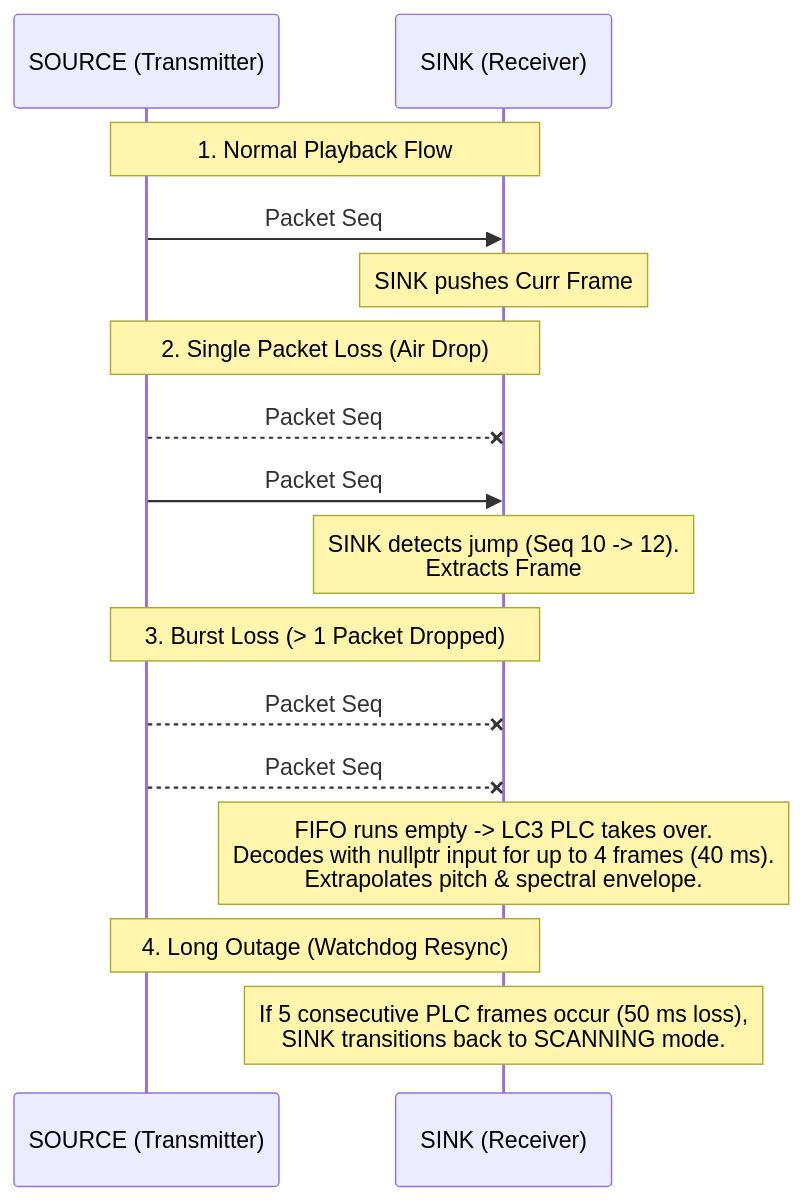
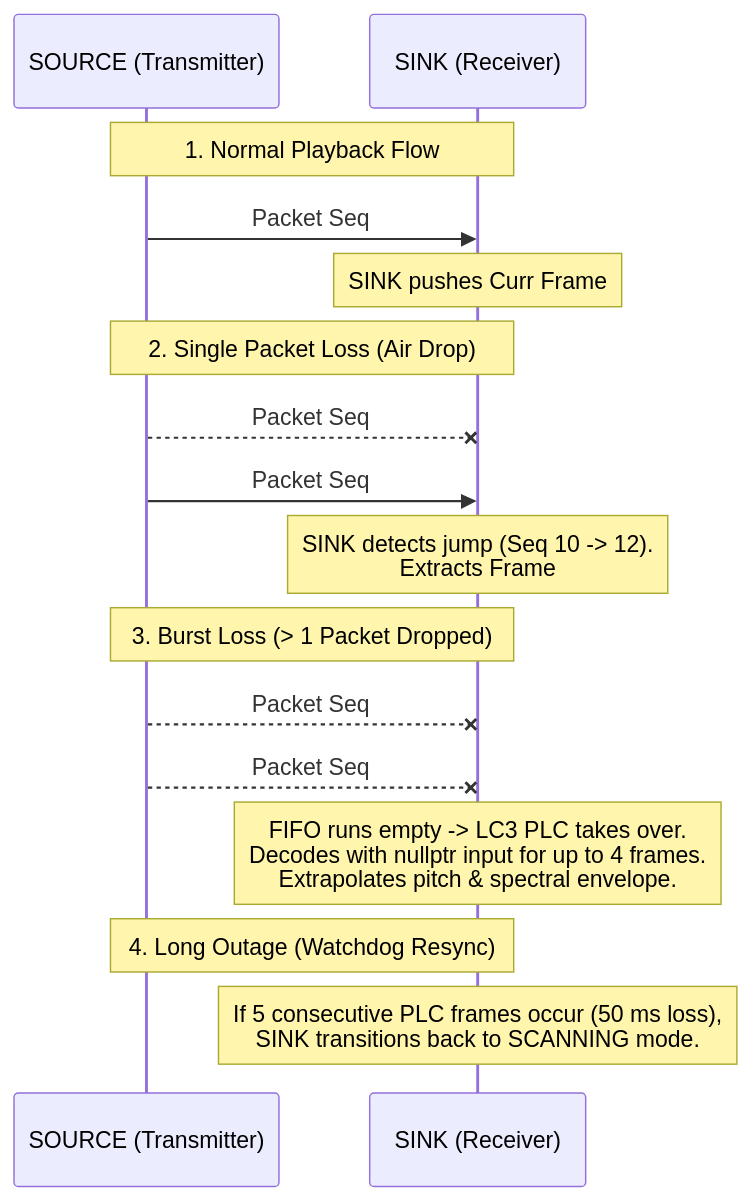
Before and after one commit to sskoog/ble_audio: the second of 3 diagrams in apps/audioESP-NOW/ESP-NOW_protocol.md, drawn with Mermaid. The commit also changed other lines of this file and 28 other files, not shown here.

````diff
--- a/apps/audioESP-NOW/ESP-NOW_protocol.md
+++ b/apps/audioESP-NOW/ESP-NOW_protocol.md
@@ -128,22 +129,22 @@
 ```mermaid
 sequenceDiagram
     participant TX as SOURCE (Transmitter)
     participant RX as SINK (Receiver)
 
     Note over TX,RX: 1. Normal Playback Flow
     TX->>RX: Packet Seq #10 (Prev: #9, Curr: #10)
     Note over RX: SINK pushes Curr Frame #10 to FIFO
 
     Note over TX,RX: 2. Single Packet Loss (Air Drop)
     TX--xRX: Packet Seq #11 LOST IN TRANSIT
     TX->>RX: Packet Seq #12 (Prev: #11, Curr: #12)
     Note over RX: SINK detects jump (Seq 10 -> 12).<br/>Extracts Frame #11 from prev_frame.<br/>Pushes #11 then #12 into FIFO.<br/>Zero-latency bit-exact recovery!
 
     Note over TX,RX: 3. Burst Loss (> 1 Packet Dropped)
     TX--xRX: Packet Seq #13 LOST IN TRANSIT
     TX--xRX: Packet Seq #14 LOST IN TRANSIT
-    Note over RX: FIFO runs empty -> LC3 PLC takes over.<br/>Decodes with nullptr input for up to 4 frames (40 ms).<br/>Extrapolates pitch & spectral envelope.
+    Note over RX: FIFO runs empty -> LC3 PLC takes over.<br/>Decodes with nullptr input for up to 4 frames.<br/>Extrapolates pitch & spectral envelope.
 
     Note over TX,RX: 4. Long Outage (Watchdog Resync)
     Note over RX: If 5 consecutive PLC frames occur (50 ms loss),<br/>SINK transitions back to SCANNING mode.
 ```
````
